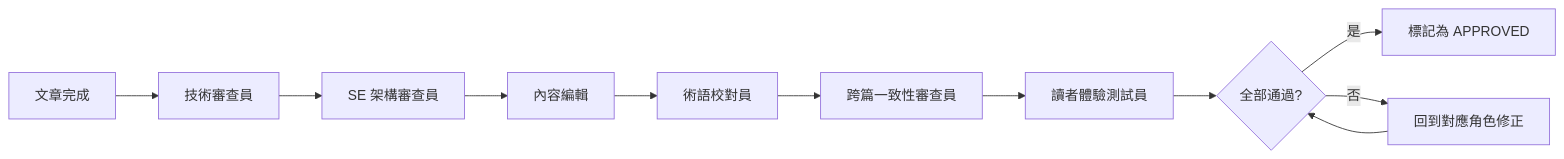
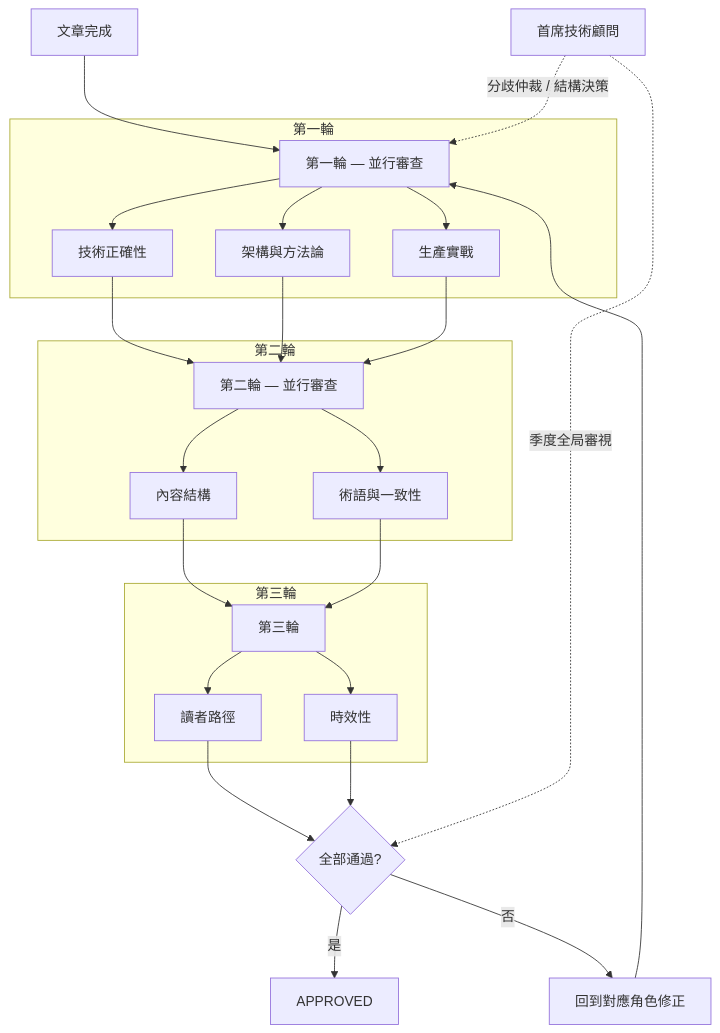
One commit to CharlieChen0308/LearningNotes changed the diagram in EDITORIAL_ROLES.md. Above: the diagram before and after it, drawn with Mermaid. The commit also changed other lines of this file and 7 other files, not shown here.

````diff
--- a/EDITORIAL_ROLES.md
+++ b/EDITORIAL_ROLES.md
@@ -206,13 +302,36 @@
 ```mermaid
-flowchart LR
-    A[文章完成] --> B[技術審查員]
-    B --> B2[SE 架構審查員]
-    B2 --> C[內容編輯]
-    C --> D[術語校對員]
-    D --> E[跨篇一致性審查員]
-    E --> F[讀者體驗測試員]
-    F --> G{全部通過?}
-    G -->|是| H[標記為 APPROVED]
+flowchart TB
+    A[文章完成] --> P1[第一輪 — 並行審查]
+
+    subgraph 第一輪
+        P1 --> R1[技術正確性]
+        P1 --> R2[架構與方法論]
+        P1 --> R3[生產實戰]
+    end
+
+    R1 --> P2[第二輪 — 並行審查]
+    R2 --> P2
+    R3 --> P2
+
+    subgraph 第二輪
+        P2 --> R4[內容結構]
+        P2 --> R5[術語與一致性]
+    end
+
+    R4 --> P3[第三輪]
+    R5 --> P3
+
+    subgraph 第三輪
+        P3 --> R6[讀者路徑]
+        P3 --> R7[時效性]
+    end
+
+    R6 --> G{全部通過?}
+    R7 --> G
+    G -->|是| H[APPROVED]
     G -->|否| I[回到對應角色修正]
-    I --> G
+    I --> P1
+
+    R0[首席技術顧問] -.->|分歧仲裁 / 結構決策| P1
+    R0 -.->|季度全局審視| G
 ```
````
